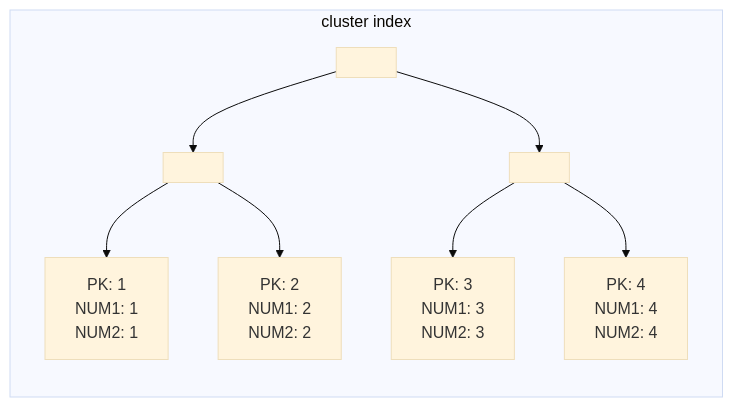
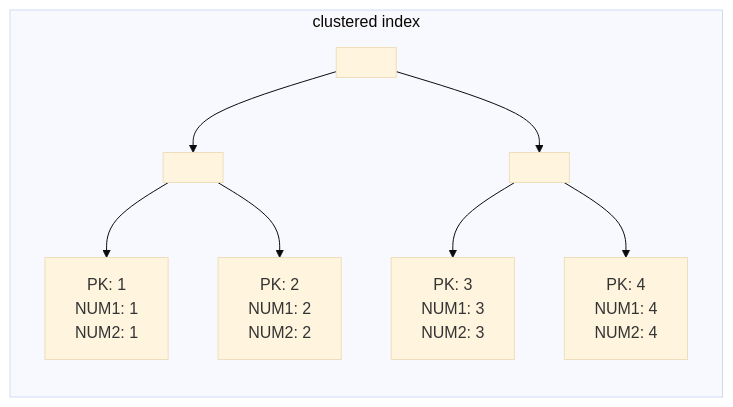
One commit to kunidesuyo/DB_index changed the third of 33 diagrams in memo.md. Above: the diagram before and after it, drawn with Mermaid (base theme). The commit also changed other lines of this file, not shown here.

````diff
--- a/memo.md
+++ b/memo.md
@@ -84,10 +80,10 @@
 ```mermaid
 graph TB;
-  subgraph cluster index
+  subgraph clustered index
     direction TB;
     a[ ]-->b[ ];
     a-->c[ ];
     b-->d[PK: 1<br>NUM1: 1<br>NUM2: 1] & e[PK: 2<br>NUM1: 2<br>NUM2: 2];
     c-->f[PK: 3<br>NUM1: 3<br>NUM2: 3] & g[PK: 4<br>NUM1: 4<br>NUM2: 4];
   end
 ```
````
